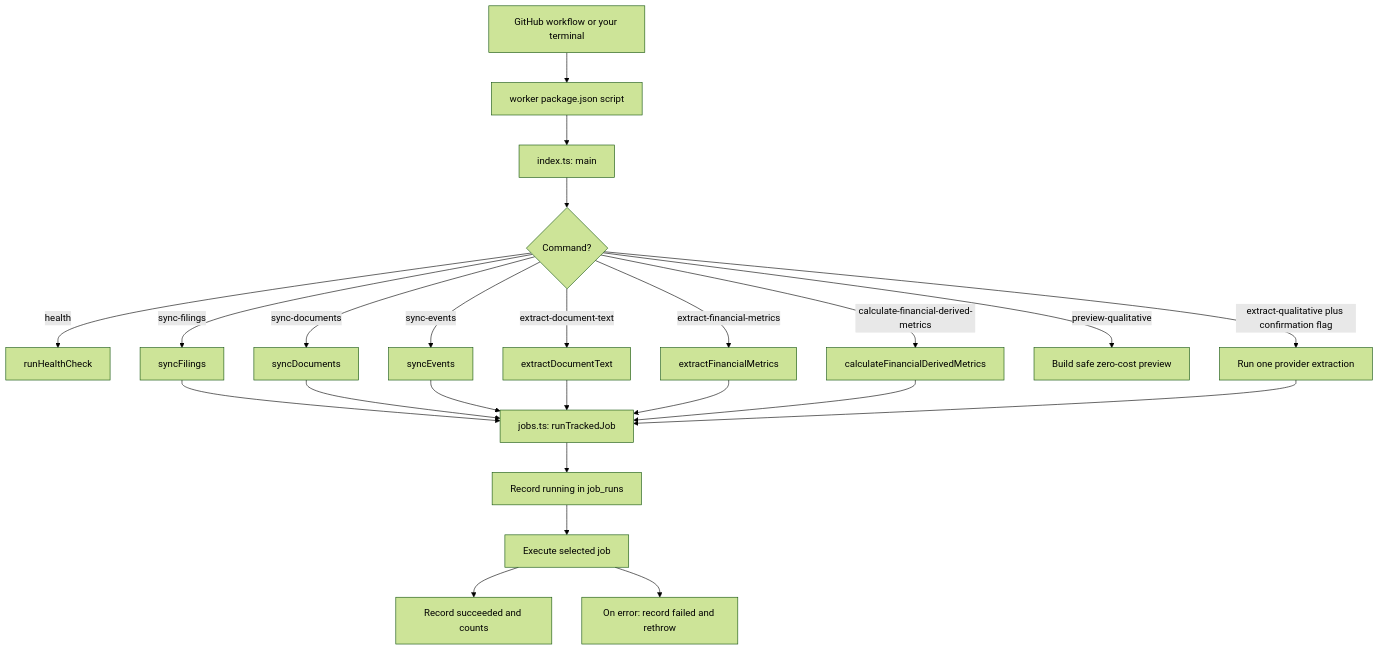
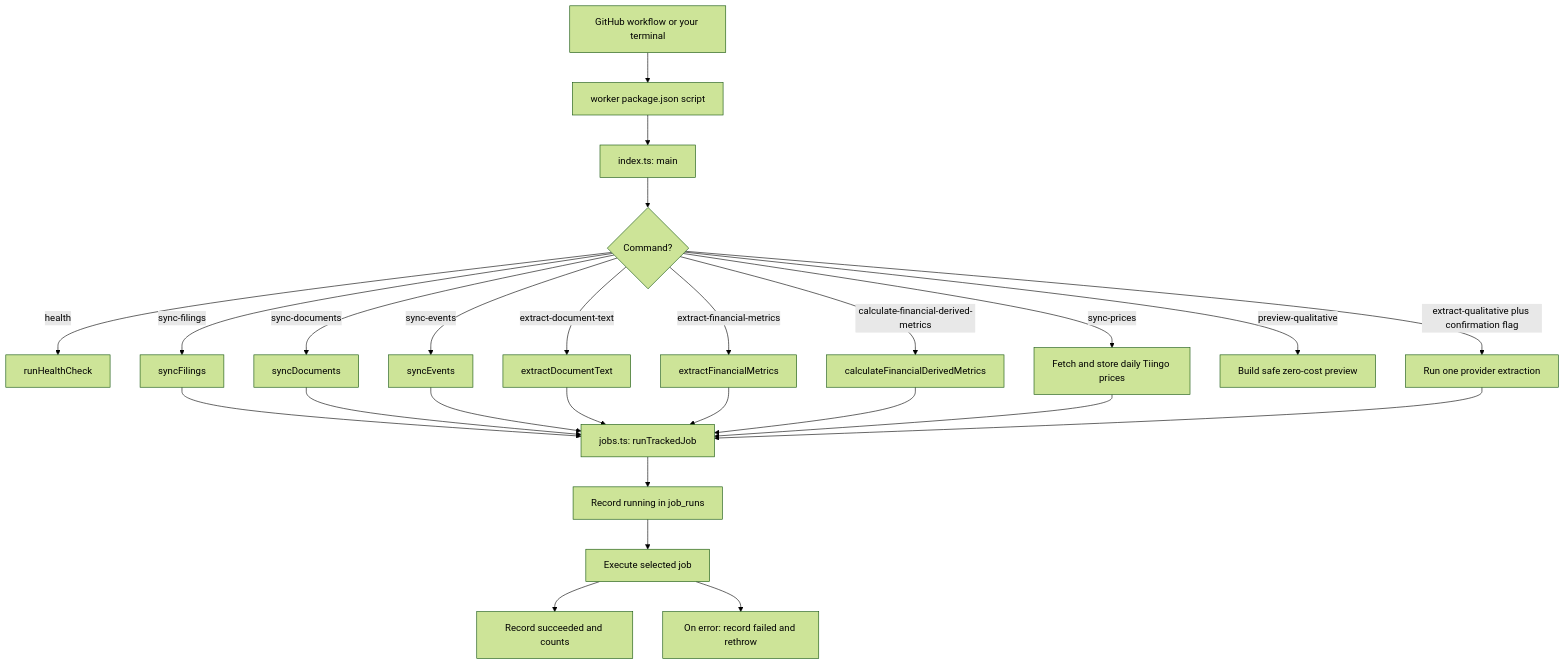
Before and after one commit to thstamod/chiron-core: the fourth of 16 diagrams in docs/visual-guide.md, drawn with Mermaid (forest theme). The commit also changed other lines of this file and 8 other files, not shown here.

Commit message:
feat: add manual daily Tiingo price sync

````diff
--- a/docs/visual-guide.md
+++ b/docs/visual-guide.md
@@ -111,26 +112,28 @@
 ```mermaid
 flowchart TD
     A[GitHub workflow or your terminal] --> B[worker package.json script]
     B --> MAIN[index.ts: main]
     MAIN --> D{Command?}
     D -->|health| H[runHealthCheck]
     D -->|sync-filings| F[syncFilings]
     D -->|sync-documents| DOC[syncDocuments]
     D -->|sync-events| E[syncEvents]
     D -->|extract-document-text| T[extractDocumentText]
     D -->|extract-financial-metrics| X[extractFinancialMetrics]
     D -->|calculate-financial-derived-metrics| CALC[calculateFinancialDerivedMetrics]
+    D -->|sync-prices| PRICE[Fetch and store daily Tiingo prices]
     D -->|preview-qualitative| PREVIEW[Build safe zero-cost preview]
     D -->|extract-qualitative plus confirmation flag| QUAL[Run one provider extraction]
     F --> J[jobs.ts: runTrackedJob]
     DOC --> J
     E --> J
     T --> J
     X --> J
     CALC --> J
+    PRICE --> J
     QUAL --> J
     J --> START[Record running in job_runs]
     START --> EXEC[Execute selected job]
     EXEC --> OK[Record succeeded and counts]
     EXEC --> ERR[On error: record failed and rethrow]
 ```
````
